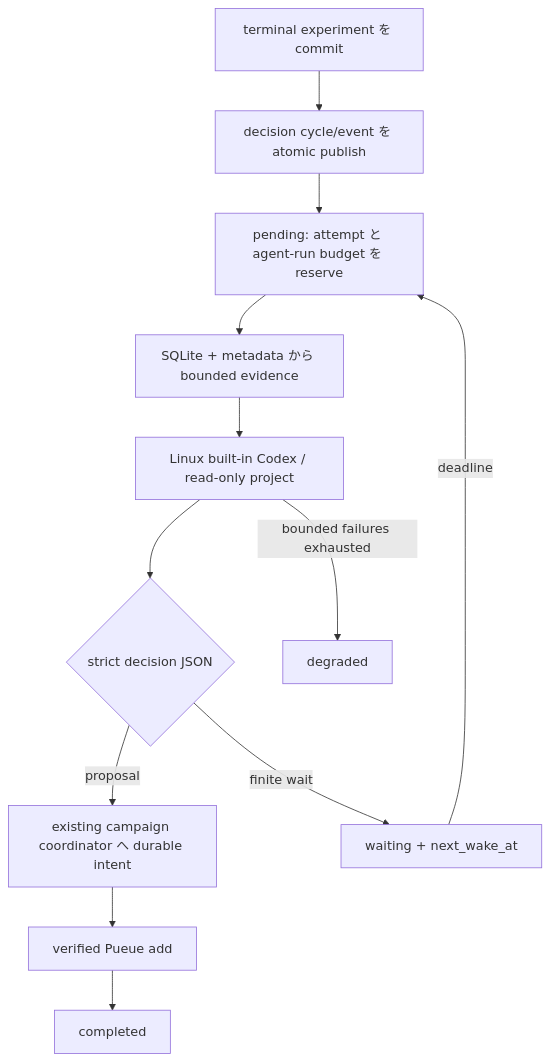
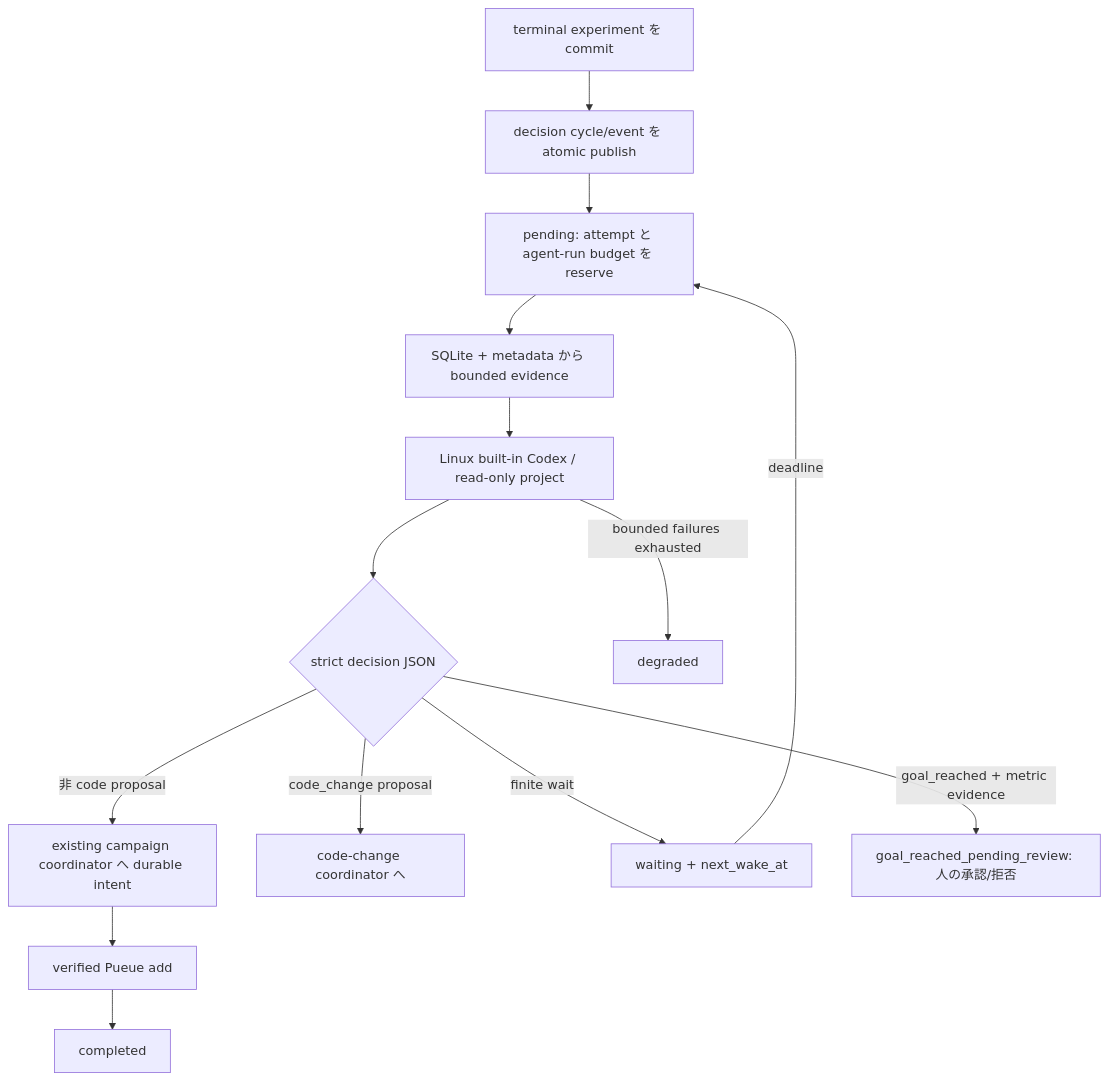
Before and after one commit to romanohu/pueueAgent: the second of 6 diagrams in docs/architecture-ja.md, drawn with Mermaid. The commit also changed other lines of this file and 7 other files, not shown here.

````diff
--- a/docs/architecture-ja.md
+++ b/docs/architecture-ja.md
@@ -66,14 +68,16 @@
 ```mermaid
 flowchart TD
     A["terminal experiment を commit"] --> B["decision cycle/event を atomic publish"]
     B --> C["pending: attempt と agent-run budget を reserve"]
     C --> D["SQLite + metadata から bounded evidence"]
     D --> E["Linux built-in Codex / read-only project"]
     E --> F{"strict decision JSON"}
-    F -->|"proposal"| G["existing campaign coordinator へ durable intent"]
+    F -->|"非 code proposal"| G["existing campaign coordinator へ durable intent"]
+    F -->|"code_change proposal"| CC["code-change coordinator へ"]
     G --> H["verified Pueue add"]
     H --> I["completed"]
     F -->|"finite wait"| J["waiting + next_wake_at"]
     J -->|"deadline"| C
+    F -->|"goal_reached + metric evidence"| R["goal_reached_pending_review: 人の承認/拒否"]
     E -->|"bounded failures exhausted"| K["degraded"]
 ```
````
